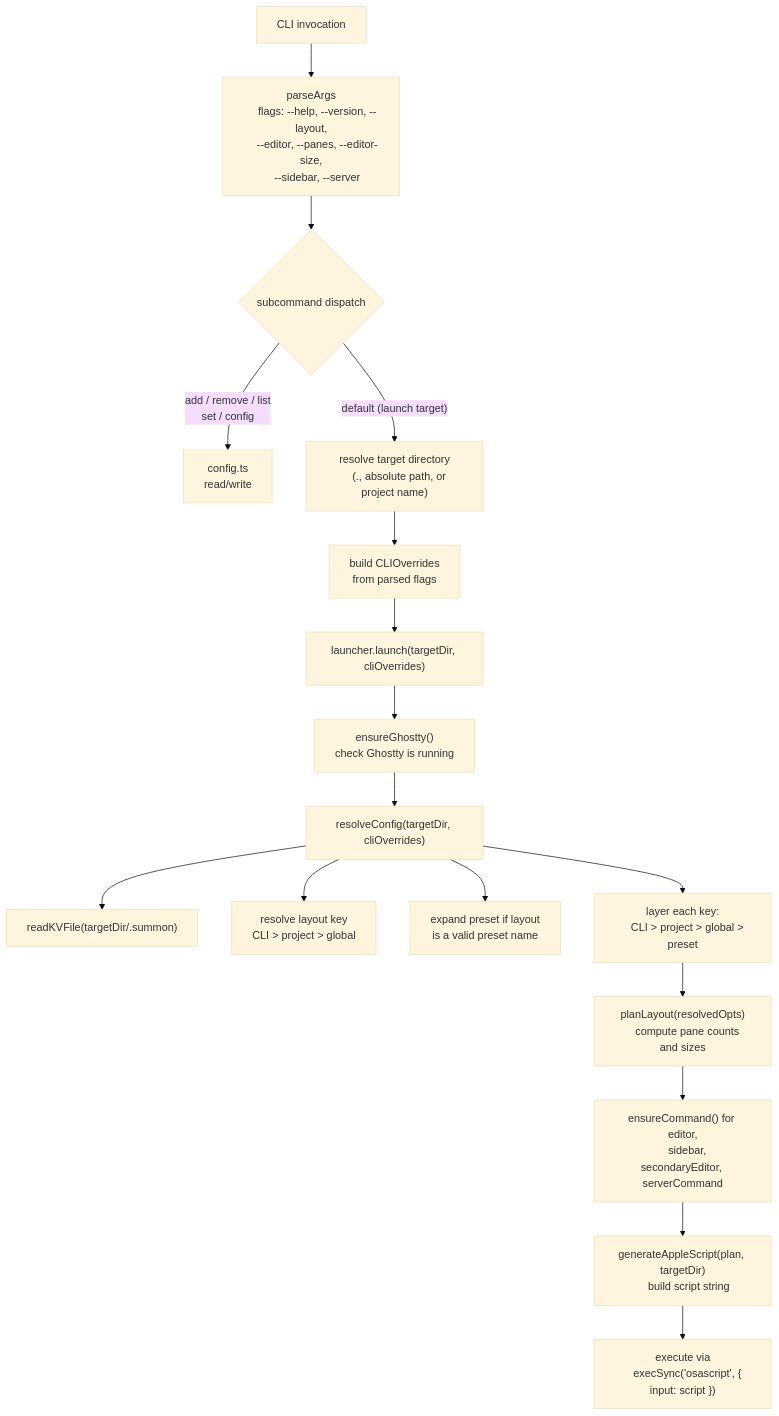
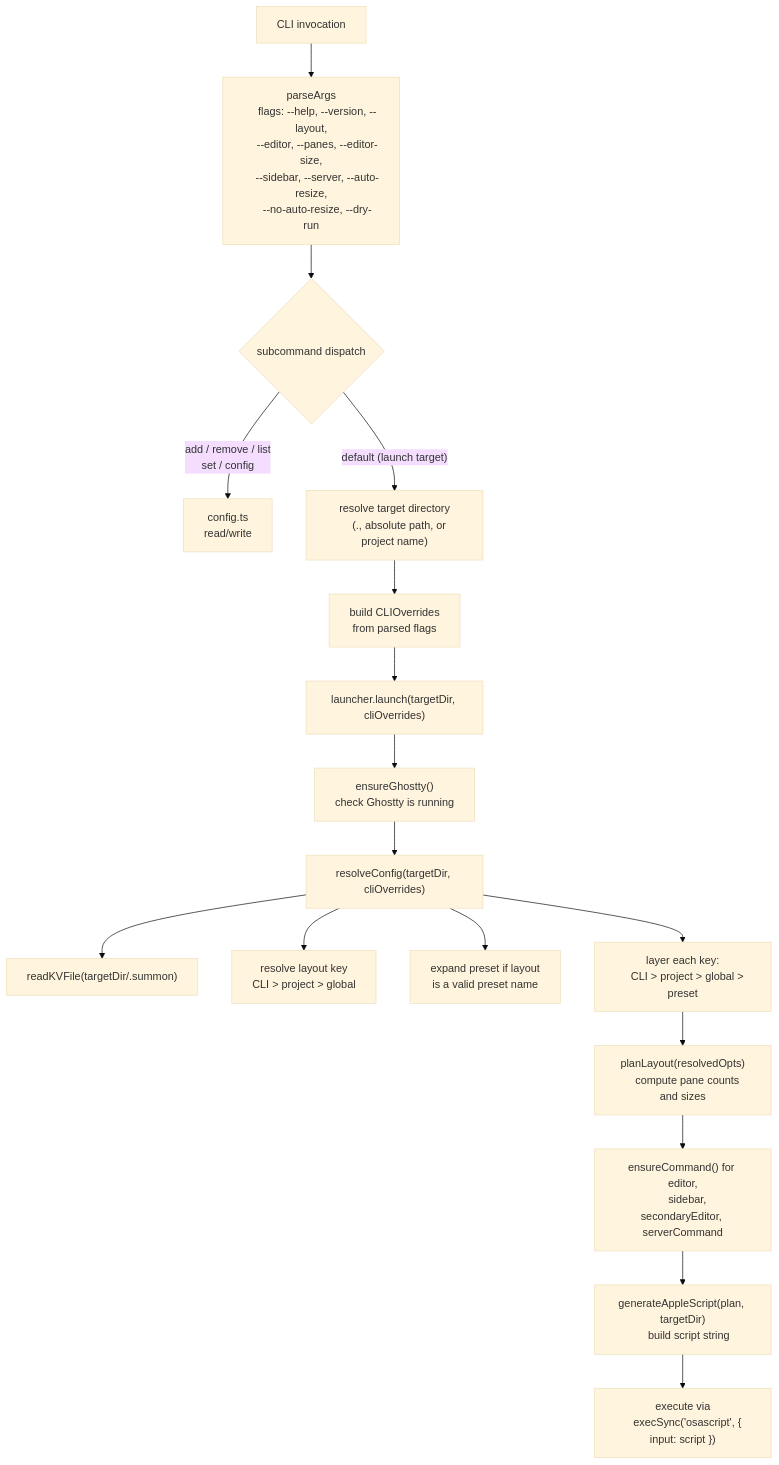
The second of 4 diagrams in docs/architecture.md (juan294/summon), drawn with Mermaid (base theme) before and after one commit. The commit also changed 3 other files, not shown here.

````diff
--- a/docs/architecture.md
+++ b/docs/architecture.md
@@ -45,39 +45,40 @@
 ```mermaid
 flowchart TD
     cli["CLI invocation"] --> parse["parseArgs
     flags: --help, --version, --layout,
     --editor, --panes, --editor-size,
-    --sidebar, --server"]
+    --sidebar, --server, --auto-resize,
+    --no-auto-resize, --dry-run"]
     parse --> dispatch{"subcommand dispatch"}
 
     dispatch -->|"add / remove / list
     set / config"| configrw["config.ts
     read/write"]
     dispatch -->|"default (launch target)"| resolve["resolve target directory
     (., absolute path, or project name)"]
 
     resolve --> overrides["build CLIOverrides
     from parsed flags"]
     overrides --> launch["launcher.launch(targetDir, cliOverrides)"]
 
     launch --> ghostty["ensureGhostty()
     check Ghostty is running"]
     ghostty --> resolvecfg["resolveConfig(targetDir, cliOverrides)"]
 
     resolvecfg --> readkv["readKVFile(targetDir/.summon)"]
     resolvecfg --> resolvekey["resolve layout key
     CLI > project > global"]
     resolvecfg --> expand["expand preset if layout
     is a valid preset name"]
     resolvecfg --> layer["layer each key:
     CLI > project > global > preset"]
 
     layer --> plan["planLayout(resolvedOpts)
     compute pane counts and sizes"]
     plan --> ensure["ensureCommand() for editor,
     sidebar, secondaryEditor, serverCommand"]
     ensure --> gen["generateAppleScript(plan, targetDir)
     build script string"]
     gen --> exec["execute via
     execSync('osascript', { input: script })"]
 ```
````
